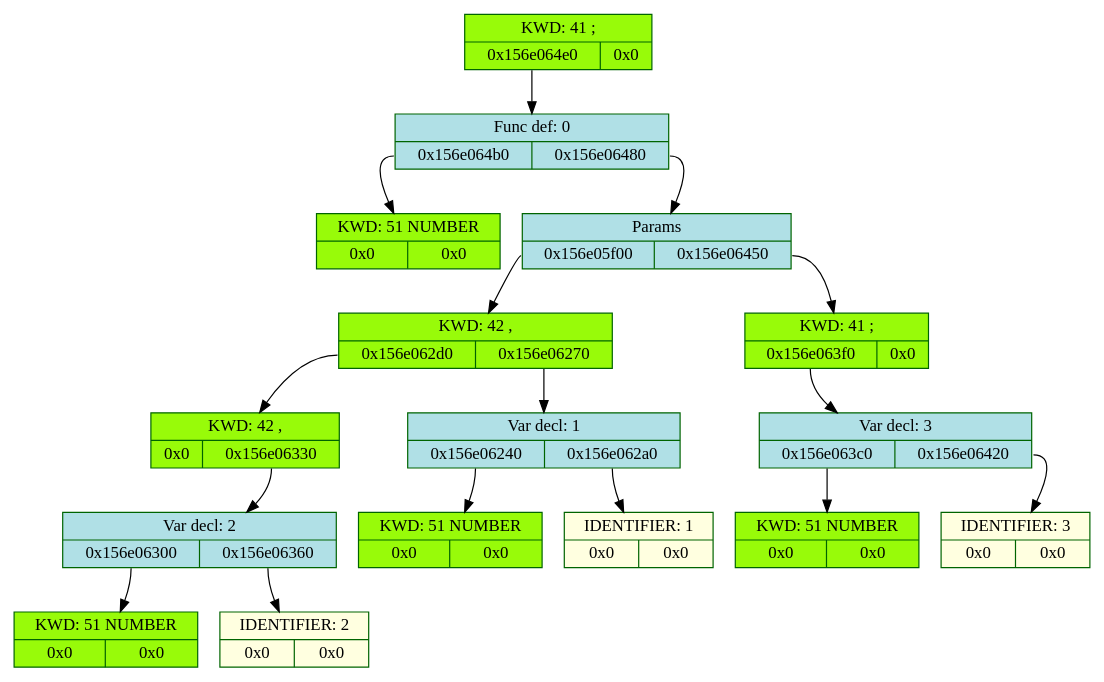
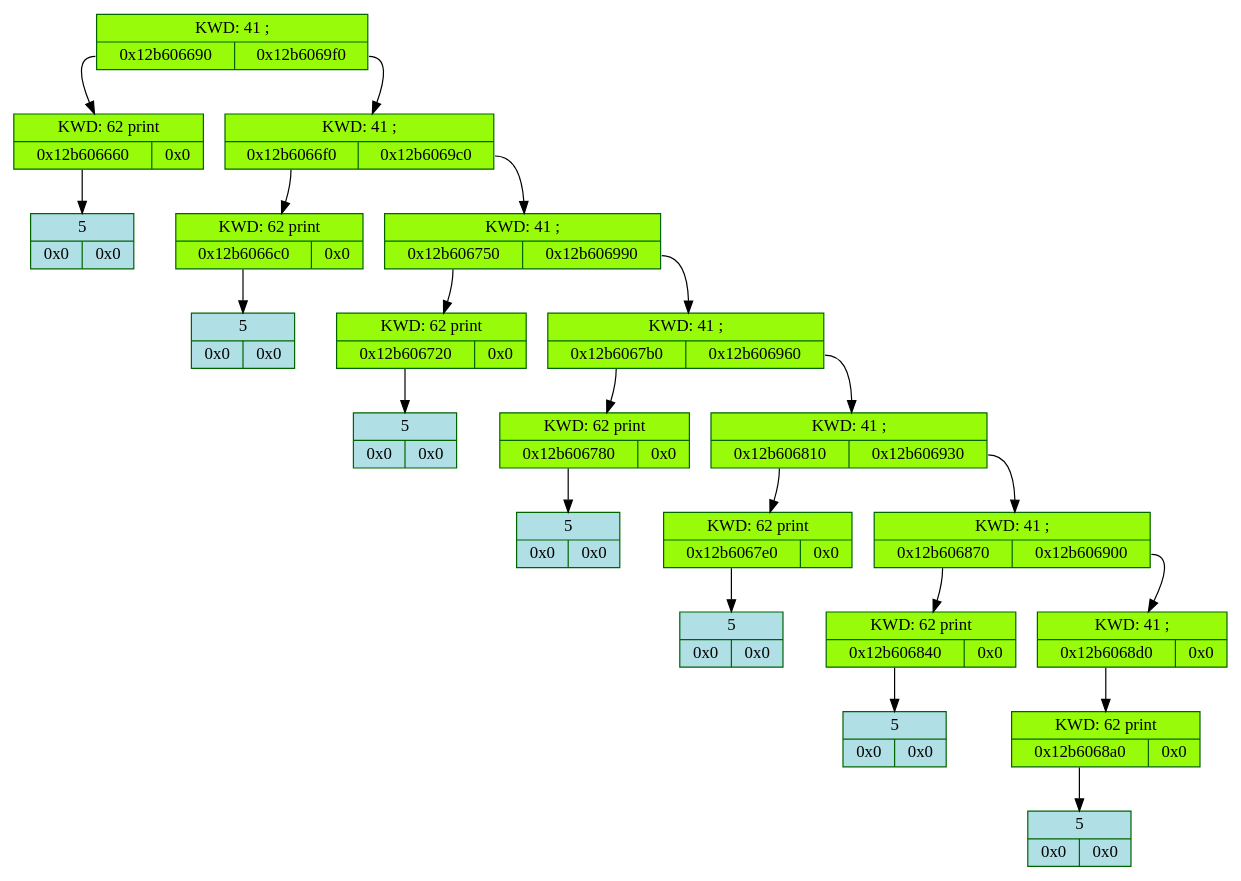
Before and after one commit to whiterno/my_lang: the diagram in frontend/log/dump.dot, drawn with Graphviz. The commit also changed 8 other files, not shown here.

```diff
--- a/frontend/log/dump.dot
+++ b/frontend/log/dump.dot
@@ -1,35 +1,45 @@
 digraph D{
 	rankdir = TB
 
-	node_5752513808 [color = "darkgreen", style = "filled", shape = "record", fillcolor = "#98FB9" label = "{KWD: 41 ;  | {<fl5752513808> 0x156e064e0 | <fr5752513808> 0x0}}"]
-	node_5752513808: <fl5752513808> -> node_5752513760 [color = "black", arrowhead = "normal", label = ""]
-	node_5752513760 [color = "darkgreen", style = "filled", shape = "record", fillcolor = "#B0E0E6" label = "{Func def: 0  | {<fl5752513760> 0x156e064b0 | <fr5752513760> 0x156e06480}}"]
-	node_5752513760: <fl5752513760> -> node_5752513712 [color = "black", arrowhead = "normal", label = ""]
-	node_5752513712 [color = "darkgreen", style = "filled", shape = "record", fillcolor = "#98FB9" label = "{KWD: 51 NUMBER  | {<fl5752513712> 0x0 | <fr5752513712> 0x0}}"]
-	node_5752513760: <fr5752513760> -> node_5752513664 [color = "black", arrowhead = "normal", label = ""]
-	node_5752513664 [color = "darkgreen", style = "filled", shape = "record", fillcolor = "#B0E0E6" label = "{Params  | {<fl5752513664> 0x156e05f00 | <fr5752513664> 0x156e06450}}"]
-	node_5752513664: <fl5752513664> -> node_5752512256 [color = "black", arrowhead = "normal", label = ""]
-	node_5752512256 [color = "darkgreen", style = "filled", shape = "record", fillcolor = "#98FB9" label = "{KWD: 42 ,  | {<fl5752512256> 0x156e062d0 | <fr5752512256> 0x156e06270}}"]
-	node_5752512256: <fl5752512256> -> node_5752513232 [color = "black", arrowhead = "normal", label = ""]
-	node_5752513232 [color = "darkgreen", style = "filled", shape = "record", fillcolor = "#98FB9" label = "{KWD: 42 ,  | {<fl5752513232> 0x0 | <fr5752513232> 0x156e06330}}"]
-	node_5752513232: <fr5752513232> -> node_5752513328 [color = "black", arrowhead = "normal", label = ""]
-	node_5752513328 [color = "darkgreen", style = "filled", shape = "record", fillcolor = "#B0E0E6" label = "{Var decl: 2 | {<fl5752513328> 0x156e06300 | <fr5752513328> 0x156e06360}}"]
-	node_5752513328: <fl5752513328> -> node_5752513280 [color = "black", arrowhead = "normal", label = ""]
-	node_5752513280 [color = "darkgreen", style = "filled", shape = "record", fillcolor = "#98FB9" label = "{KWD: 51 NUMBER  | {<fl5752513280> 0x0 | <fr5752513280> 0x0}}"]
-	node_5752513328: <fr5752513328> -> node_5752513376 [color = "black", arrowhead = "normal", label = ""]
-	node_5752513376 [color = "darkgreen", style = "filled", shape = "record", fillcolor = "#FFFFE0" label = "{IDENTIFIER: 2 | {<fl5752513376> 0x0 | <fr5752513376> 0x0}}"]
-	node_5752512256: <fr5752512256> -> node_5752513136 [color = "black", arrowhead = "normal", label = ""]
-	node_5752513136 [color = "darkgreen", style = "filled", shape = "record", fillcolor = "#B0E0E6" label = "{Var decl: 1 | {<fl5752513136> 0x156e06240 | <fr5752513136> 0x156e062a0}}"]
-	node_5752513136: <fl5752513136> -> node_5752513088 [color = "black", arrowhead = "normal", label = ""]
-	node_5752513088 [color = "darkgreen", style = "filled", shape = "record", fillcolor = "#98FB9" label = "{KWD: 51 NUMBER  | {<fl5752513088> 0x0 | <fr5752513088> 0x0}}"]
-	node_5752513136: <fr5752513136> -> node_5752513184 [color = "black", arrowhead = "normal", label = ""]
-	node_5752513184 [color = "darkgreen", style = "filled", shape = "record", fillcolor = "#FFFFE0" label = "{IDENTIFIER: 1 | {<fl5752513184> 0x0 | <fr5752513184> 0x0}}"]
-	node_5752513664: <fr5752513664> -> node_5752513616 [color = "black", arrowhead = "normal", label = ""]
-	node_5752513616 [color = "darkgreen", style = "filled", shape = "record", fillcolor = "#98FB9" label = "{KWD: 41 ;  | {<fl5752513616> 0x156e063f0 | <fr5752513616> 0x0}}"]
-	node_5752513616: <fl5752513616> -> node_5752513520 [color = "black", arrowhead = "normal", label = ""]
-	node_5752513520 [color = "darkgreen", style = "filled", shape = "record", fillcolor = "#B0E0E6" label = "{Var decl: 3 | {<fl5752513520> 0x156e063c0 | <fr5752513520> 0x156e06420}}"]
-	node_5752513520: <fl5752513520> -> node_5752513472 [color = "black", arrowhead = "normal", label = ""]
-	node_5752513472 [color = "darkgreen", style = "filled", shape = "record", fillcolor = "#98FB9" label = "{KWD: 51 NUMBER  | {<fl5752513472> 0x0 | <fr5752513472> 0x0}}"]
-	node_5752513520: <fr5752513520> -> node_5752513568 [color = "black", arrowhead = "normal", label = ""]
-	node_5752513568 [color = "darkgreen", style = "filled", shape = "record", fillcolor = "#FFFFE0" label = "{IDENTIFIER: 3 | {<fl5752513568> 0x0 | <fr5752513568> 0x0}}"]
+	node_5022706208 [color = "darkgreen", style = "filled", shape = "record", fillcolor = "#98FB9" label = "{KWD: 41 ;  | {<fl5022706208> 0x12b606690 | <fr5022706208> 0x12b6069f0}}"]
+	node_5022706208: <fl5022706208> -> node_5022705296 [color = "black", arrowhead = "normal", label = ""]
+	node_5022705296 [color = "darkgreen", style = "filled", shape = "record", fillcolor = "#98FB9" label = "{KWD: 62 print  | {<fl5022705296> 0x12b606660 | <fr5022705296> 0x0}}"]
+	node_5022705296: <fl5022705296> -> node_5022705248 [color = "black", arrowhead = "normal", label = ""]
+	node_5022705248 [color = "darkgreen", style = "filled", shape = "record", fillcolor = "#B0E0E6" label = "{5  | {<fl5022705248> 0x0 | <fr5022705248> 0x0}}"]
+	node_5022706208: <fr5022706208> -> node_5022706160 [color = "black", arrowhead = "normal", label = ""]
+	node_5022706160 [color = "darkgreen", style = "filled", shape = "record", fillcolor = "#98FB9" label = "{KWD: 41 ;  | {<fl5022706160> 0x12b6066f0 | <fr5022706160> 0x12b6069c0}}"]
+	node_5022706160: <fl5022706160> -> node_5022705392 [color = "black", arrowhead = "normal", label = ""]
+	node_5022705392 [color = "darkgreen", style = "filled", shape = "record", fillcolor = "#98FB9" label = "{KWD: 62 print  | {<fl5022705392> 0x12b6066c0 | <fr5022705392> 0x0}}"]
+	node_5022705392: <fl5022705392> -> node_5022705344 [color = "black", arrowhead = "normal", label = ""]
+	node_5022705344 [color = "darkgreen", style = "filled", shape = "record", fillcolor = "#B0E0E6" label = "{5  | {<fl5022705344> 0x0 | <fr5022705344> 0x0}}"]
+	node_5022706160: <fr5022706160> -> node_5022706112 [color = "black", arrowhead = "normal", label = ""]
+	node_5022706112 [color = "darkgreen", style = "filled", shape = "record", fillcolor = "#98FB9" label = "{KWD: 41 ;  | {<fl5022706112> 0x12b606750 | <fr5022706112> 0x12b606990}}"]
+	node_5022706112: <fl5022706112> -> node_5022705488 [color = "black", arrowhead = "normal", label = ""]
+	node_5022705488 [color = "darkgreen", style = "filled", shape = "record", fillcolor = "#98FB9" label = "{KWD: 62 print  | {<fl5022705488> 0x12b606720 | <fr5022705488> 0x0}}"]
+	node_5022705488: <fl5022705488> -> node_5022705440 [color = "black", arrowhead = "normal", label = ""]
+	node_5022705440 [color = "darkgreen", style = "filled", shape = "record", fillcolor = "#B0E0E6" label = "{5  | {<fl5022705440> 0x0 | <fr5022705440> 0x0}}"]
+	node_5022706112: <fr5022706112> -> node_5022706064 [color = "black", arrowhead = "normal", label = ""]
+	node_5022706064 [color = "darkgreen", style = "filled", shape = "record", fillcolor = "#98FB9" label = "{KWD: 41 ;  | {<fl5022706064> 0x12b6067b0 | <fr5022706064> 0x12b606960}}"]
+	node_5022706064: <fl5022706064> -> node_5022705584 [color = "black", arrowhead = "normal", label = ""]
+	node_5022705584 [color = "darkgreen", style = "filled", shape = "record", fillcolor = "#98FB9" label = "{KWD: 62 print  | {<fl5022705584> 0x12b606780 | <fr5022705584> 0x0}}"]
+	node_5022705584: <fl5022705584> -> node_5022705536 [color = "black", arrowhead = "normal", label = ""]
+	node_5022705536 [color = "darkgreen", style = "filled", shape = "record", fillcolor = "#B0E0E6" label = "{5  | {<fl5022705536> 0x0 | <fr5022705536> 0x0}}"]
+	node_5022706064: <fr5022706064> -> node_5022706016 [color = "black", arrowhead = "normal", label = ""]
+	node_5022706016 [color = "darkgreen", style = "filled", shape = "record", fillcolor = "#98FB9" label = "{KWD: 41 ;  | {<fl5022706016> 0x12b606810 | <fr5022706016> 0x12b606930}}"]
+	node_5022706016: <fl5022706016> -> node_5022705680 [color = "black", arrowhead = "normal", label = ""]
+	node_5022705680 [color = "darkgreen", style = "filled", shape = "record", fillcolor = "#98FB9" label = "{KWD: 62 print  | {<fl5022705680> 0x12b6067e0 | <fr5022705680> 0x0}}"]
+	node_5022705680: <fl5022705680> -> node_5022705632 [color = "black", arrowhead = "normal", label = ""]
+	node_5022705632 [color = "darkgreen", style = "filled", shape = "record", fillcolor = "#B0E0E6" label = "{5  | {<fl5022705632> 0x0 | <fr5022705632> 0x0}}"]
+	node_5022706016: <fr5022706016> -> node_5022705968 [color = "black", arrowhead = "normal", label = ""]
+	node_5022705968 [color = "darkgreen", style = "filled", shape = "record", fillcolor = "#98FB9" label = "{KWD: 41 ;  | {<fl5022705968> 0x12b606870 | <fr5022705968> 0x12b606900}}"]
+	node_5022705968: <fl5022705968> -> node_5022705776 [color = "black", arrowhead = "normal", label = ""]
+	node_5022705776 [color = "darkgreen", style = "filled", shape = "record", fillcolor = "#98FB9" label = "{KWD: 62 print  | {<fl5022705776> 0x12b606840 | <fr5022705776> 0x0}}"]
+	node_5022705776: <fl5022705776> -> node_5022705728 [color = "black", arrowhead = "normal", label = ""]
+	node_5022705728 [color = "darkgreen", style = "filled", shape = "record", fillcolor = "#B0E0E6" label = "{5  | {<fl5022705728> 0x0 | <fr5022705728> 0x0}}"]
+	node_5022705968: <fr5022705968> -> node_5022705920 [color = "black", arrowhead = "normal", label = ""]
+	node_5022705920 [color = "darkgreen", style = "filled", shape = "record", fillcolor = "#98FB9" label = "{KWD: 41 ;  | {<fl5022705920> 0x12b6068d0 | <fr5022705920> 0x0}}"]
+	node_5022705920: <fl5022705920> -> node_5022705872 [color = "black", arrowhead = "normal", label = ""]
+	node_5022705872 [color = "darkgreen", style = "filled", shape = "record", fillcolor = "#98FB9" label = "{KWD: 62 print  | {<fl5022705872> 0x12b6068a0 | <fr5022705872> 0x0}}"]
+	node_5022705872: <fl5022705872> -> node_5022705824 [color = "black", arrowhead = "normal", label = ""]
+	node_5022705824 [color = "darkgreen", style = "filled", shape = "record", fillcolor = "#B0E0E6" label = "{5  | {<fl5022705824> 0x0 | <fr5022705824> 0x0}}"]
 }
```
